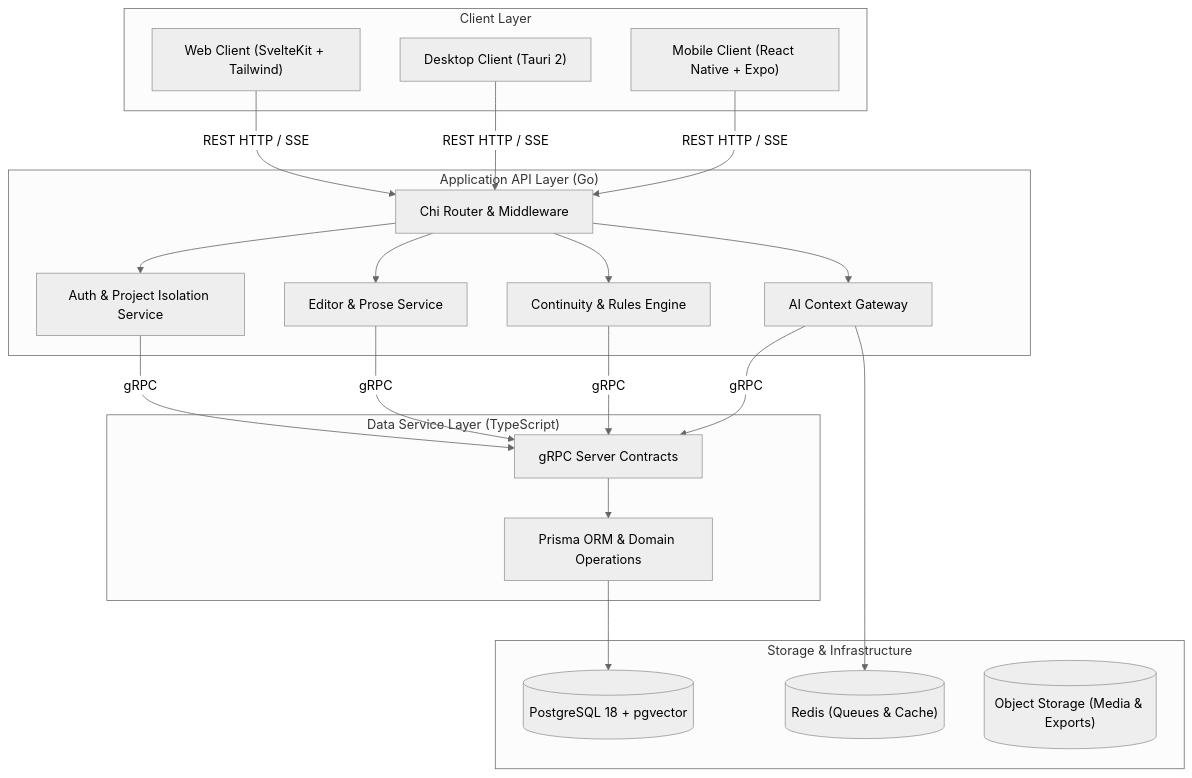
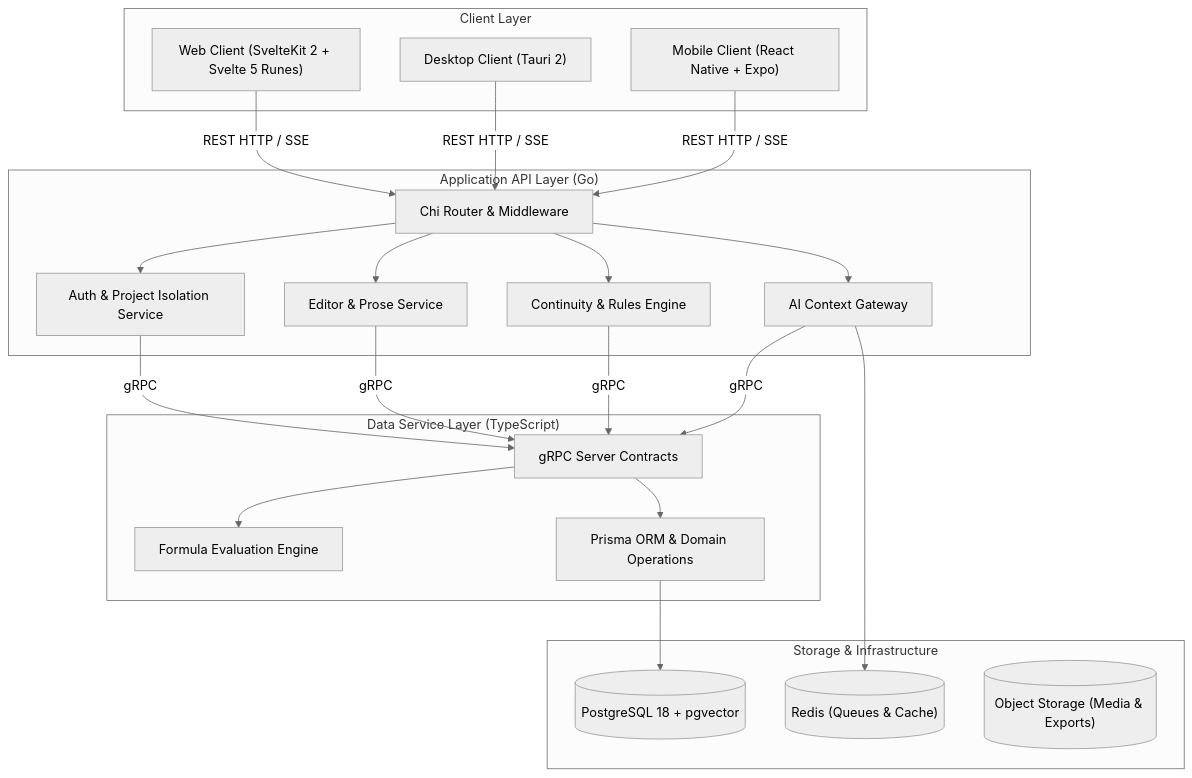
One commit to Yogesh-Kumar-Mallik-dev/NovWrite changed the diagram in NOVWRITE_ARCHITECTURE.md. Above: the diagram before and after it, drawn with Mermaid (neutral theme). The commit also changed other lines of this file and 9 other files, not shown here.

````diff
--- a/NOVWRITE_ARCHITECTURE.md
+++ b/NOVWRITE_ARCHITECTURE.md
@@ -25,34 +26,35 @@
 ```mermaid
 flowchart TB
     subgraph Client ["Client Layer"]
-        W["Web Client (SvelteKit + Tailwind)"]
+        W["Web Client (SvelteKit 2 + Svelte 5 Runes)"]
         D["Desktop Client (Tauri 2)"]
         M["Mobile Client (React Native + Expo)"]
     end
 
     subgraph API ["Application API Layer (Go)"]
         Router["Chi Router & Middleware"]
         Auth["Auth & Project Isolation Service"]
         Editor["Editor & Prose Service"]
         Continuity["Continuity & Rules Engine"]
         AIGW["AI Context Gateway"]
     end
 
     subgraph DataSvc ["Data Service Layer (TypeScript)"]
         gRPC["gRPC Server Contracts"]
+        Formula["Formula Evaluation Engine"]
         Prisma["Prisma ORM & Domain Operations"]
     end
 
     subgraph Storage ["Storage & Infrastructure"]
         PG[("PostgreSQL 18 + pgvector")]
         Redis[("Redis (Queues & Cache)")]
         S3[("Object Storage (Media & Exports)")]
     end
 
     W & D & M -->|"REST HTTP / SSE"| Router
     Router --> Auth & Editor & Continuity & AIGW
     Auth & Editor & Continuity & AIGW -->|"gRPC"| gRPC
-    gRPC --> Prisma
+    gRPC --> Prisma & Formula
     Prisma --> PG
     AIGW --> Redis
 ```
````
